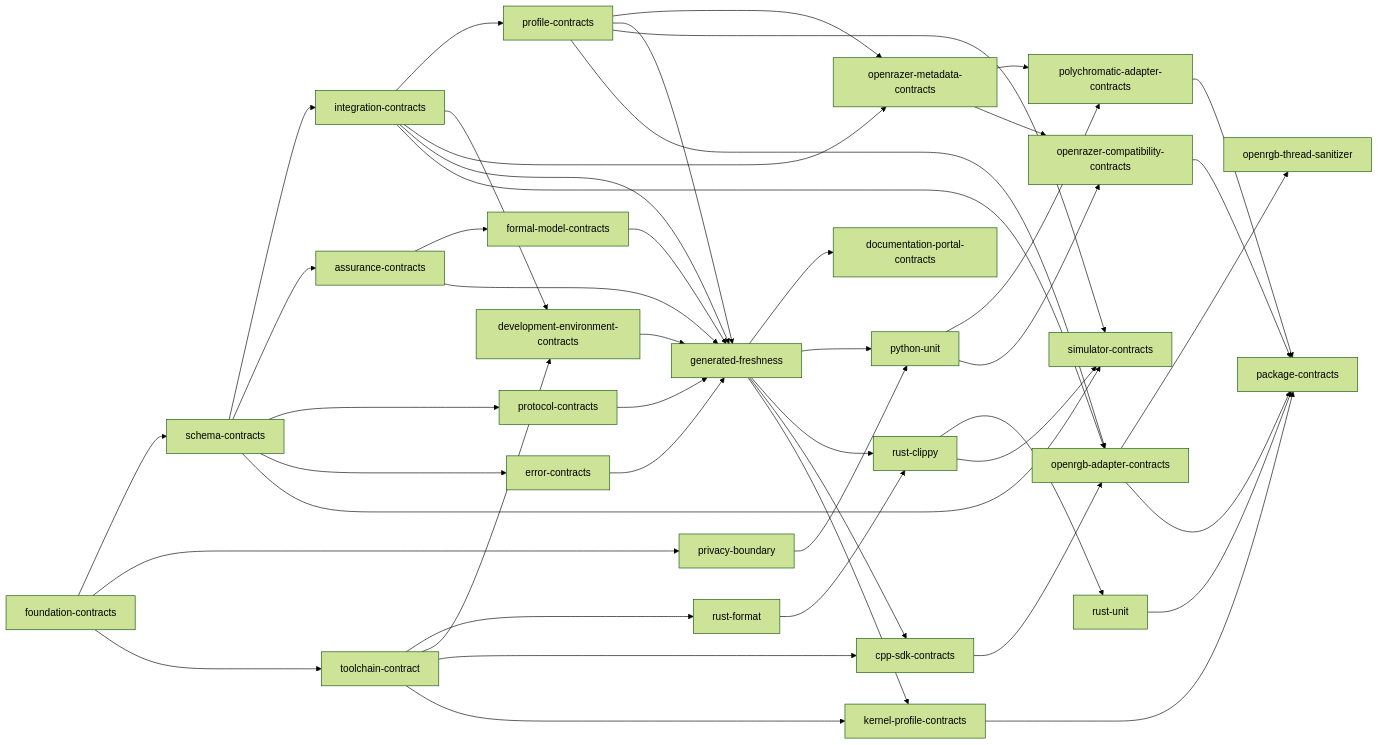
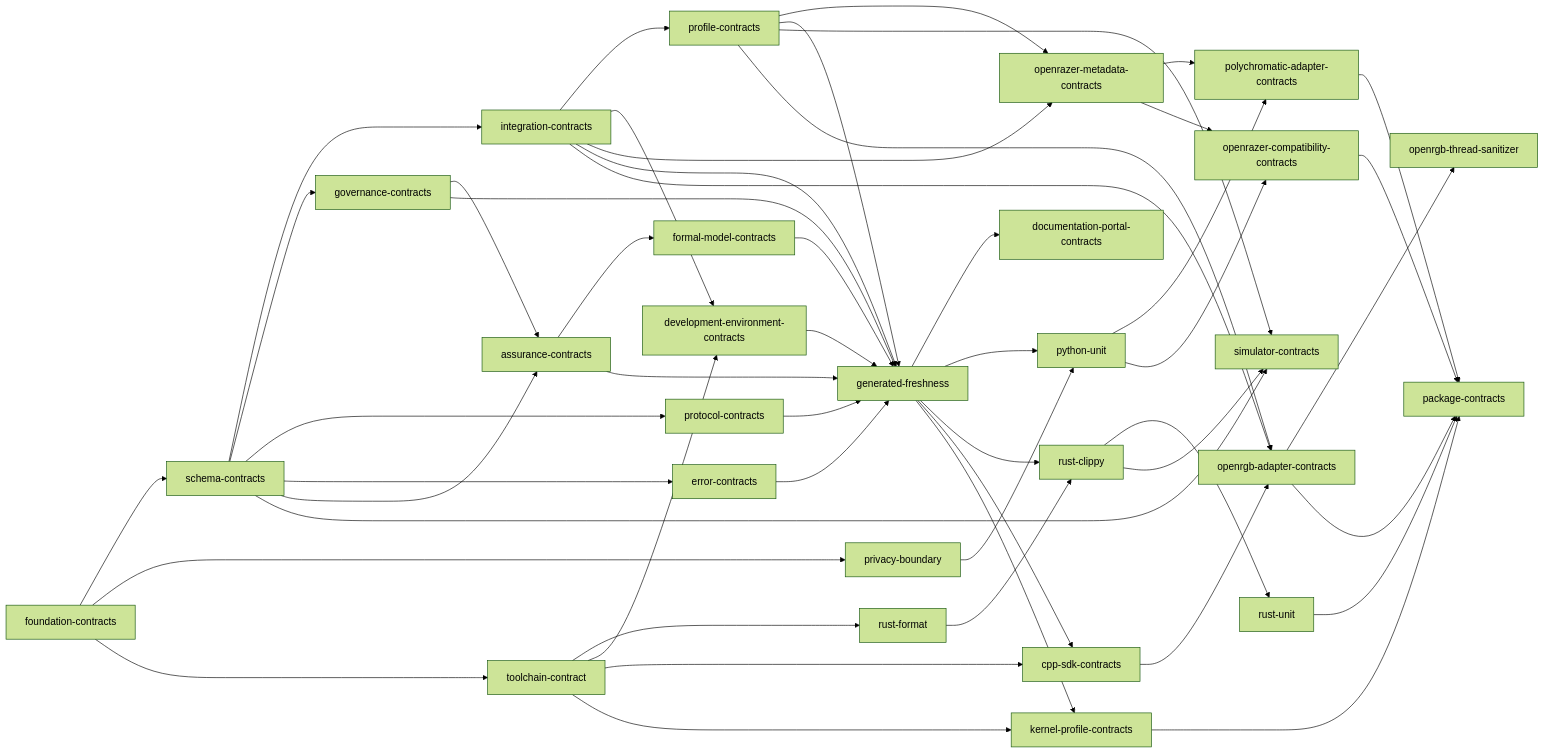
One commit to offalexjackson777-stack/hyperflux-next changed the diagram in docs/generated/verification.md. Above: the diagram before and after it, drawn with Mermaid (forest theme). The commit also changed other lines of this file and 39 other files, not shown here.

````diff
--- a/docs/generated/verification.md
+++ b/docs/generated/verification.md
@@ -39,76 +40,80 @@
 ```mermaid
 flowchart LR
     foundation_contracts["foundation-contracts"]
     schema_contracts["schema-contracts"]
     privacy_boundary["privacy-boundary"]
     toolchain_contract["toolchain-contract"]
     integration_contracts["integration-contracts"]
-    assurance_contracts["assurance-contracts"]
+    governance_contracts["governance-contracts"]
     protocol_contracts["protocol-contracts"]
     error_contracts["error-contracts"]
     rust_format["rust-format"]
-    formal_model_contracts["formal-model-contracts"]
+    assurance_contracts["assurance-contracts"]
     profile_contracts["profile-contracts"]
     development_environment_contracts["development-environment-contracts"]
+    formal_model_contracts["formal-model-contracts"]
     openrazer_metadata_contracts["openrazer-metadata-contracts"]
     generated_freshness["generated-freshness"]
     documentation_portal_contracts["documentation-portal-contracts"]
     python_unit["python-unit"]
     rust_clippy["rust-clippy"]
     cpp_sdk_contracts["cpp-sdk-contracts"]
     kernel_profile_contracts["kernel-profile-contracts"]
     rust_unit["rust-unit"]
     simulator_contracts["simulator-contracts"]
     openrgb_adapter_contracts["openrgb-adapter-contracts"]
     polychromatic_adapter_contracts["polychromatic-adapter-contracts"]
     openrazer_compatibility_contracts["openrazer-compatibility-contracts"]
     openrgb_thread_sanitizer["openrgb-thread-sanitizer"]
     package_contracts["package-contracts"]
     foundation_contracts --> schema_contracts
     foundation_contracts --> privacy_boundary
     foundation_contracts --> toolchain_contract
     schema_contracts --> integration_contracts
-    schema_contracts --> assurance_contracts
+    schema_contracts --> governance_contracts
     schema_contracts --> protocol_contracts
     schema_contracts --> error_contracts
     toolchain_contract --> rust_format
-    assurance_contracts --> formal_model_contracts
+    schema_contracts --> assurance_contracts
+    governance_contracts --> assurance_contracts
     integration_contracts --> profile_contracts
     integration_contracts --> development_environment_contracts
     toolchain_contract --> development_environment_contracts
+    assurance_contracts --> formal_model_contracts
     integration_contracts --> openrazer_metadata_contracts
     profile_contracts --> openrazer_metadata_contracts
     profile_contracts --> generated_freshness
     protocol_contracts --> generated_freshness
     error_contracts --> generated_freshness
     integration_contracts --> generated_freshness
     assurance_contracts --> generated_freshness
     formal_model_contracts --> generated_freshness
     development_environment_contracts --> generated_freshness
+    governance_contracts --> generated_freshness
     generated_freshness --> documentation_portal_contracts
     generated_freshness --> python_unit
     privacy_boundary --> python_unit
     generated_freshness --> rust_clippy
     rust_format --> rust_clippy
     generated_freshness --> cpp_sdk_contracts
     toolchain_contract --> cpp_sdk_contracts
     generated_freshness --> kernel_profile_contracts
     toolchain_contract --> kernel_profile_contracts
     rust_clippy --> rust_unit
     rust_clippy --> simulator_contracts
     schema_contracts --> simulator_contracts
     profile_contracts --> simulator_contracts
     cpp_sdk_contracts --> openrgb_adapter_contracts
     integration_contracts --> openrgb_adapter_contracts
     profile_contracts --> openrgb_adapter_contracts
     openrazer_metadata_contracts --> polychromatic_adapter_contracts
     python_unit --> polychromatic_adapter_contracts
     openrazer_metadata_contracts --> openrazer_compatibility_contracts
     python_unit --> openrazer_compatibility_contracts
     openrgb_adapter_contracts --> openrgb_thread_sanitizer
     kernel_profile_contracts --> package_contracts
     openrgb_adapter_contracts --> package_contracts
     polychromatic_adapter_contracts --> package_contracts
     openrazer_compatibility_contracts --> package_contracts
     rust_unit --> package_contracts
 ```
````
